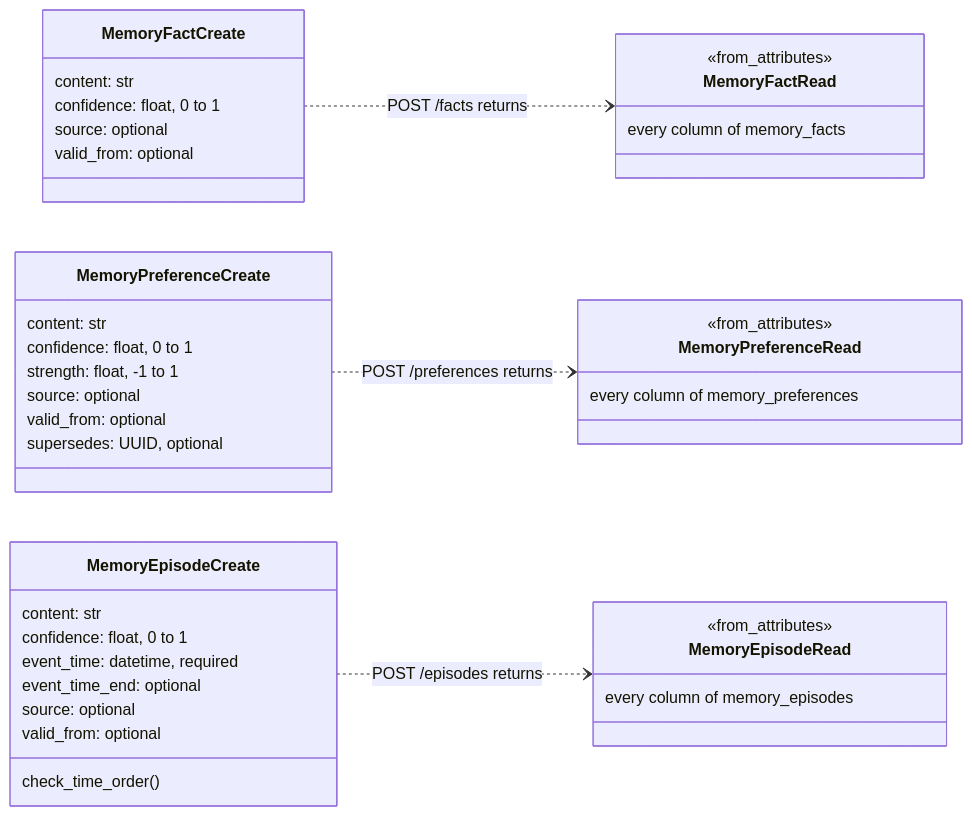
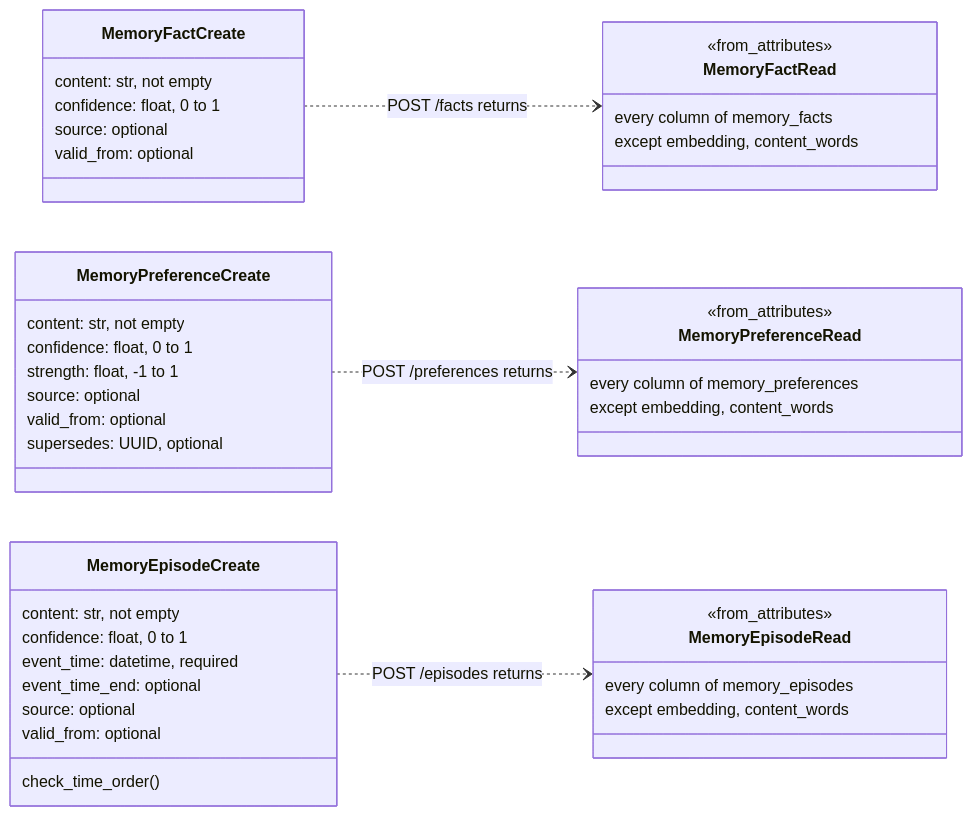
Before and after one commit to ZiadHendawy/mutable: diagram 15 of 23 in docs/design.md, drawn with Mermaid. The commit also changed other lines of this file and 10 other files, not shown here.

````diff
--- a/docs/design.md
+++ b/docs/design.md
@@ -790,42 +815,45 @@
 ```mermaid
 classDiagram
     direction LR
     class MemoryFactCreate {
-        content: str
+        content: str, not empty
         confidence: float, 0 to 1
         source: optional
         valid_from: optional
     }
     class MemoryPreferenceCreate {
-        content: str
+        content: str, not empty
         confidence: float, 0 to 1
         strength: float, -1 to 1
         source: optional
         valid_from: optional
         supersedes: UUID, optional
     }
     class MemoryEpisodeCreate {
-        content: str
+        content: str, not empty
         confidence: float, 0 to 1
         event_time: datetime, required
         event_time_end: optional
         source: optional
         valid_from: optional
         check_time_order()
     }
     class MemoryFactRead {
         <<from_attributes>>
         every column of memory_facts
+        except embedding, content_words
     }
     class MemoryPreferenceRead {
         <<from_attributes>>
         every column of memory_preferences
+        except embedding, content_words
     }
     class MemoryEpisodeRead {
         <<from_attributes>>
         every column of memory_episodes
+        except embedding, content_words
     }
     MemoryFactCreate ..> MemoryFactRead : POST /facts returns
     MemoryPreferenceCreate ..> MemoryPreferenceRead : POST /preferences returns
     MemoryEpisodeCreate ..> MemoryEpisodeRead : POST /episodes returns
 ```
````
